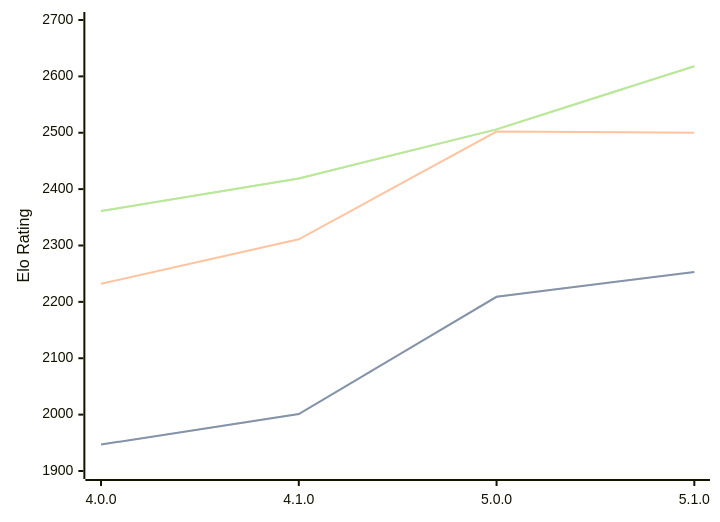
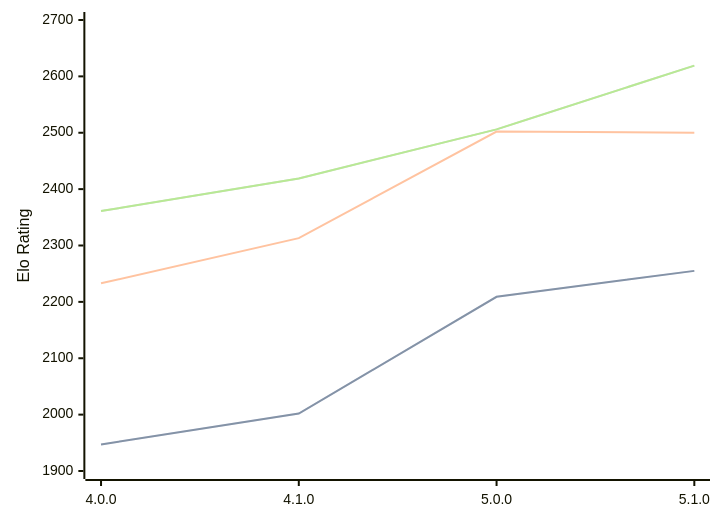
One commit to computer-chess-index/cci changed the diagram in engines/Aconcagua.md. Above: the diagram before and after it, drawn with Mermaid. The commit also changed other lines of this file, not shown here.

Commit message:
Update CCI Ratings (ELO VLTC) - 2026-05-17

````diff
--- a/engines/Aconcagua.md
+++ b/engines/Aconcagua.md
@@ -43,11 +43,11 @@
 ```mermaid
 %%{init: {"theme":"base","themeVariables":{"seriesColors:['#a3a3a3','#222221','#faa371']}}}%%
 xychart-beta
   x-axis ["4.0.0", "4.1.0", "5.0.0", "5.1.0"]
   y-axis "Elo Rating" 1900 --> 2700
-  line "STC (8.0+0.08s)" [1947, 2001, 2209, 2253]
-  line "STC (8.0+0.08s)" [1947, 2001, 2209, 2253]
-  line "LTC (60.0+0.60s)" [2232, 2311, 2502, 2500]
-  line "VLTC (2m24s+1.12s)" [2361, 2419, 2506, 2618]
-  line "VLTC (2m24s+1.12s)" [2361, 2419, 2506, 2618]
+  line "STC (8.0+0.08s)" [1947, 2002, 2209, 2255]
+  line "STC (8.0+0.08s)" [1947, 2002, 2209, 2255]
+  line "LTC (60.0+0.60s)" [2233, 2313, 2502, 2500]
+  line "VLTC (2m24s+1.12s)" [2361, 2419, 2506, 2619]
+  line "VLTC (2m24s+1.12s)" [2361, 2419, 2506, 2619]
 ```
````
